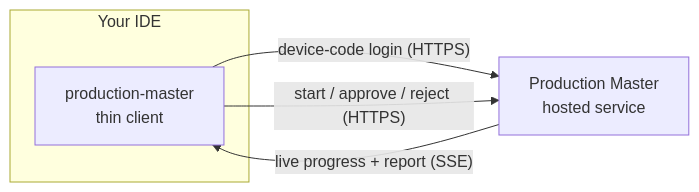
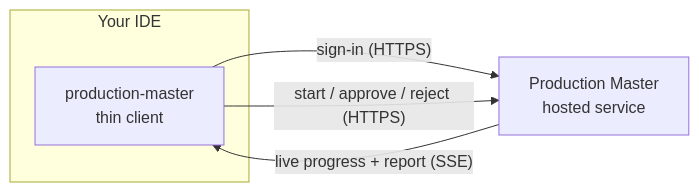
Before and after one commit to ProductionMasterAI/production-master: the diagram in README.md, drawn with Mermaid. The commit also changed other lines of this file and 21 other files, not shown here.

````diff
--- a/README.md
+++ b/README.md
@@ -130,11 +134,11 @@
 ```mermaid
 flowchart LR
     subgraph IDE["Your IDE"]
         C["production-master<br/>thin client"]
     end
     S["Production Master<br/>hosted service"]
 
-    C -- "device-code login (HTTPS)" --> S
+    C -- "sign-in (HTTPS)" --> S
     C -- "start / approve / reject (HTTPS)" --> S
     S -- "live progress + report (SSE)" --> C
 ```
````
